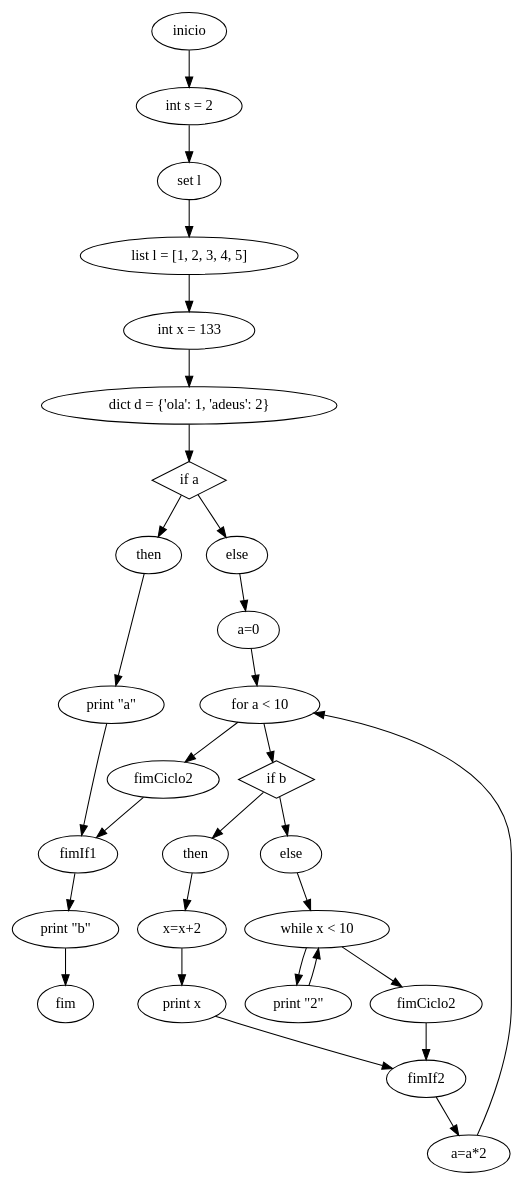
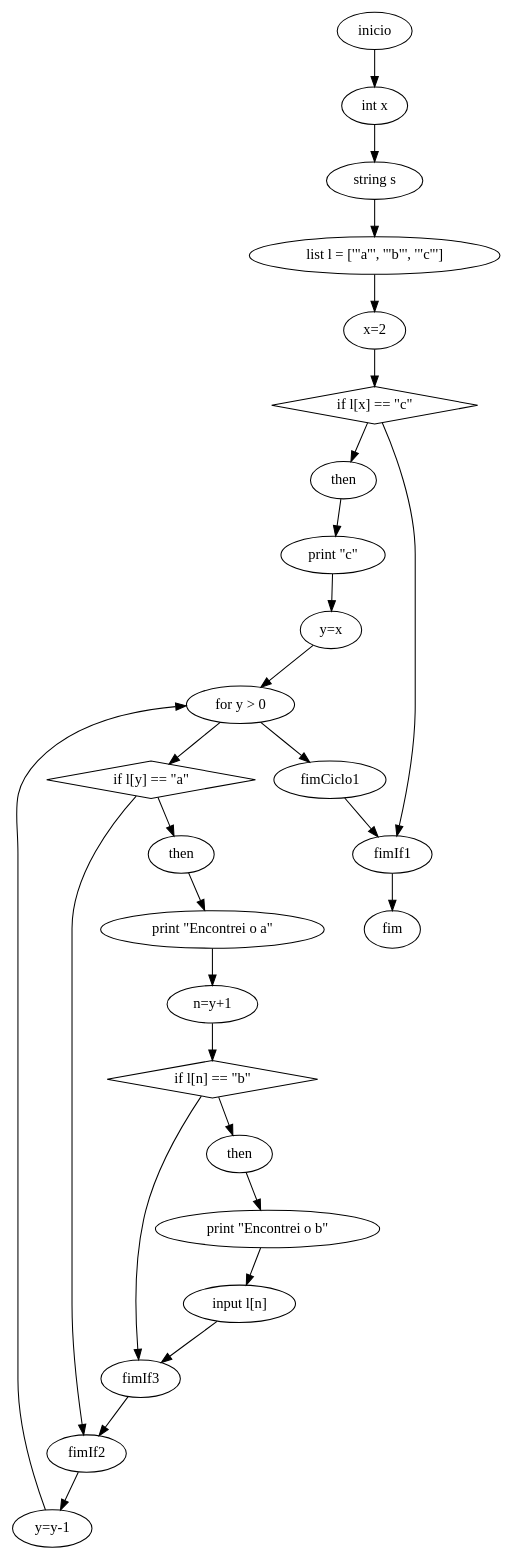
The diagram in TP3/cfg.dot (joaoprp111/TP-EngenhariaGramatical-2022), drawn with Graphviz before and after one commit. The commit also changed 7 other files, not shown here.

```diff
--- a/TP3/cfg.dot
+++ b/TP3/cfg.dot
@@ -1,57 +1,53 @@
 digraph cfg {
 	0 [label=inicio]
-	1 [label="int s = 2"]
+	1 [label="int x"]
 	0 -> 1
-	2 [label="set l"]
+	2 [label="string s"]
 	1 -> 2
-	3 [label="list l = [1, 2, 3, 4, 5]"]
+	3 [label="list l = ['\"a\"', '\"b\"', '\"c\"']"]
 	2 -> 3
-	4 [label="int x = 133"]
+	4 [label="x=2"]
 	3 -> 4
-	5 [label="dict d = {'ola': 1, 'adeus': 2}"]
+	5 [label="if l[x] == \"c\"" shape=diamond]
+	6 [label=then]
+	5 -> 6
+	7 [label=fimIf1]
+	8 [label="print \"c\""]
+	6 -> 8
+	9 [label="y=x"]
+	8 -> 9
+	10 [label="for y > 0"]
+	9 -> 10
+	11 [label="y=y-1"]
+	12 [label="if l[y] == \"a\"" shape=diamond]
+	13 [label=then]
+	12 -> 13
+	14 [label=fimIf2]
+	15 [label="print \"Encontrei o a\""]
+	13 -> 15
+	16 [label="n=y+1"]
+	15 -> 16
+	17 [label="if l[n] == \"b\"" shape=diamond]
+	18 [label=then]
+	17 -> 18
+	19 [label=fimIf3]
+	20 [label="print \"Encontrei o b\""]
+	18 -> 20
+	21 [label="input l[n]"]
+	20 -> 21
+	21 -> 19
+	16 -> 17
+	17 -> 19
+	19 -> 14
+	10 -> 12
+	12 -> 14
+	14 -> 11
+	11 -> 10
+	22 [label=fimCiclo1]
+	10 -> 22
+	22 -> 7
 	4 -> 5
-	6 [label="if a" shape=diamond]
-	7 [label=then]
-	6 -> 7
-	8 [label=fimIf1]
-	9 [label="print \"a\""]
-	7 -> 9
-	9 -> 8
-	10 [label=else]
-	6 -> 10
-	11 [label="a=0"]
-	10 -> 11
-	12 [label="for a < 10"]
-	11 -> 12
-	13 [label="a=a*2"]
-	14 [label="if b" shape=diamond]
-	15 [label=then]
-	14 -> 15
-	16 [label=fimIf2]
-	17 [label="x=x+2"]
-	15 -> 17
-	18 [label="print x"]
-	17 -> 18
-	18 -> 16
-	19 [label=else]
-	14 -> 19
-	20 [label="while x < 10"]
-	19 -> 20
-	21 [label="print \"2\""]
-	20 -> 21
-	21 -> 20
-	22 [label=fimCiclo2]
-	20 -> 22
-	22 -> 16
-	12 -> 14
-	16 -> 13
-	13 -> 12
-	23 [label=fimCiclo2]
-	12 -> 23
-	23 -> 8
-	5 -> 6
-	24 [label="print \"b\""]
-	8 -> 24
-	25 [label=fim]
-	24 -> 25
+	5 -> 7
+	23 [label=fim]
+	7 -> 23
 }
```
